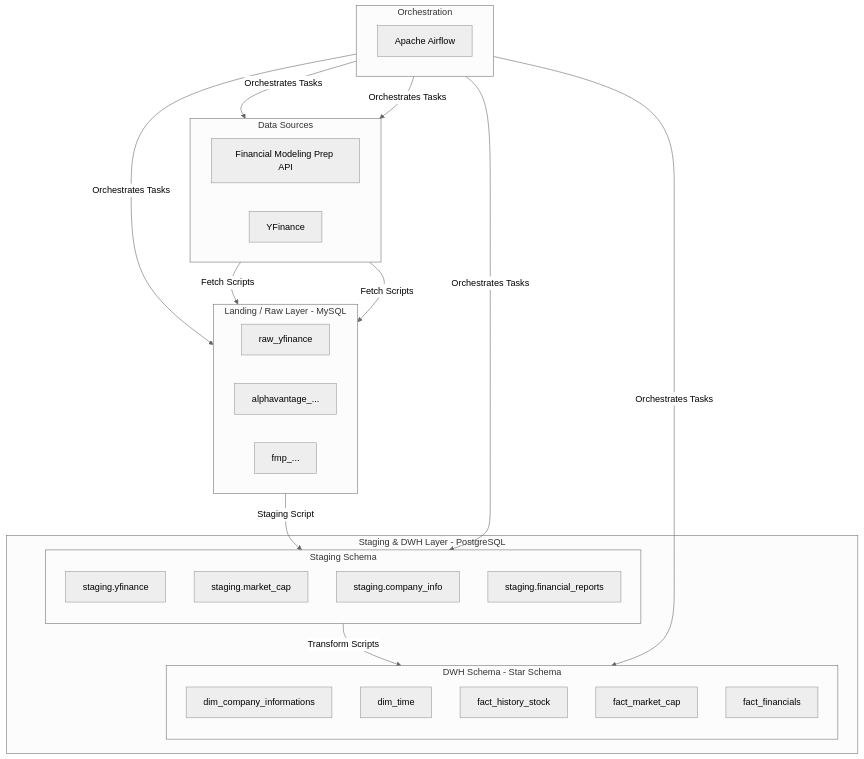
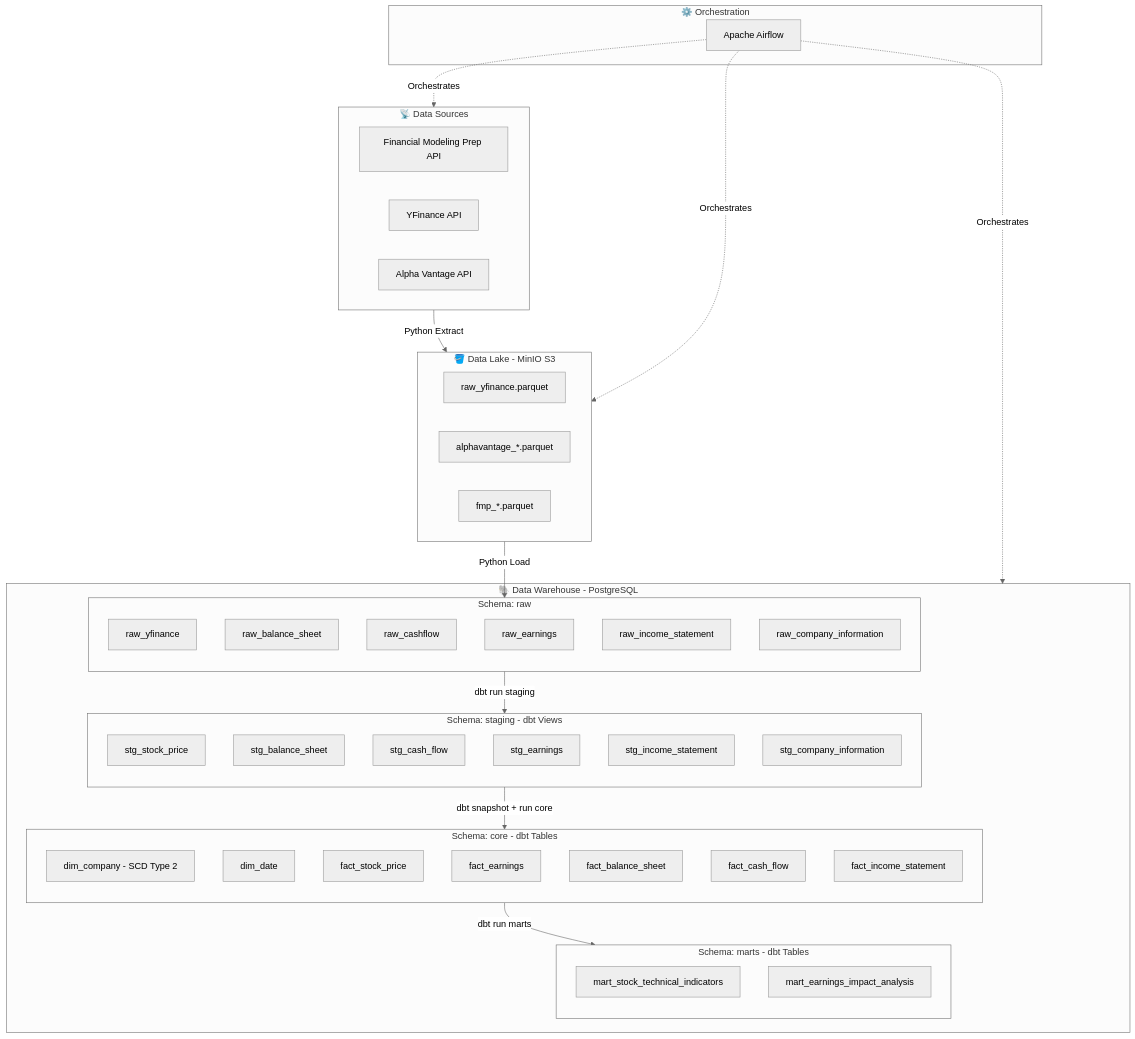
One commit to Hoawt2/building-stock-analytics-pipeline changed the diagram in README.md. Above: the diagram before and after it, drawn with Mermaid (neutral theme). The commit also changed other lines of this file and 316 other files, not shown here.

Commit message:
feat: implement ELT pipeline with dbt (Medallion Architecture)

````diff
--- a/README.md
+++ b/README.md
@@ -17,47 +16,65 @@
 ```mermaid
 graph TD;
-    subgraph A[Data Sources]
+    subgraph Sources["📡 Data Sources"]
         direction LR
         API_FMP[Financial Modeling Prep API]
-        API_YF[YFinance]
+        API_YF[YFinance API]
+        API_AV[Alpha Vantage API]
     end
 
-    subgraph B[Landing / Raw Layer - MySQL]
+    subgraph Lake["🪣 Data Lake - MinIO S3"]
         direction LR
-        T1[raw_yfinance]
-        T2[alphavantage_...]
-        T3[fmp_...]
+        PQ1[raw_yfinance.parquet]
+        PQ2[alphavantage_*.parquet]
+        PQ3[fmp_*.parquet]
     end
 
-    subgraph C[Staging & DWH Layer - PostgreSQL]
-        subgraph C1[Staging Schema]
+    subgraph DW["🐘 Data Warehouse - PostgreSQL"]
+        subgraph Raw["Schema: raw"]
             direction TB
-            ST1[staging.yfinance]
-            ST2[staging.market_cap]
-            ST3[staging.company_info]
-            ST4[staging.financial_reports]
+            R1[raw_yfinance]
+            R2[raw_balance_sheet]
+            R3[raw_cashflow]
+            R4[raw_earnings]
+            R5[raw_income_statement]
+            R6[raw_company_information]
         end
-        subgraph C2[DWH Schema - Star Schema]
+        subgraph Staging["Schema: staging - dbt Views"]
             direction TB
-            D1[dim_company_informations]
-            D2[dim_time]
-            F1[fact_history_stock]
-            F2[fact_market_cap]
-            F3[fact_financials]
+            S1[stg_stock_price]
+            S2[stg_balance_sheet]
+            S3[stg_cash_flow]
+            S4[stg_earnings]
+            S5[stg_income_statement]
+            S6[stg_company_information]
+        end
+        subgraph Core["Schema: core - dbt Tables"]
+            direction TB
+            D1[dim_company - SCD Type 2]
+            D2[dim_date]
+            F1[fact_stock_price]
+            F2[fact_earnings]
+            F3[fact_balance_sheet]
+            F4[fact_cash_flow]
+            F5[fact_income_statement]
+        end
+        subgraph Marts["Schema: marts - dbt Tables"]
+            direction TB
+            M1[mart_stock_technical_indicators]
+            M2[mart_earnings_impact_analysis]
         end
     end
 
-    subgraph D[Orchestration]
+    subgraph Orch["⚙️ Orchestration"]
         Airflow[Apache Airflow]
     end
 
-    API_FMP -- "Fetch Scripts" --> B;
-    API_YF -- "Fetch Scripts" --> B;
-    B -- "Staging Script" --> C1;
-    C1 -- "Transform Scripts" --> C2;
-    D -- "Orchestrates Tasks" --> API_FMP;
-    D -- "Orchestrates Tasks" --> API_YF;
-    D -- "Orchestrates Tasks" --> B;
-    D -- "Orchestrates Tasks" --> C1;
-    D -- "Orchestrates Tasks" --> C2;
+    Sources -- "Python Extract" --> Lake
+    Lake -- "Python Load" --> Raw
+    Raw -- "dbt run staging" --> Staging
+    Staging -- "dbt snapshot + run core" --> Core
+    Core -- "dbt run marts" --> Marts
+    Airflow -. "Orchestrates" .-> Sources
+    Airflow -. "Orchestrates" .-> Lake
+    Airflow -. "Orchestrates" .-> DW
 ```
````
